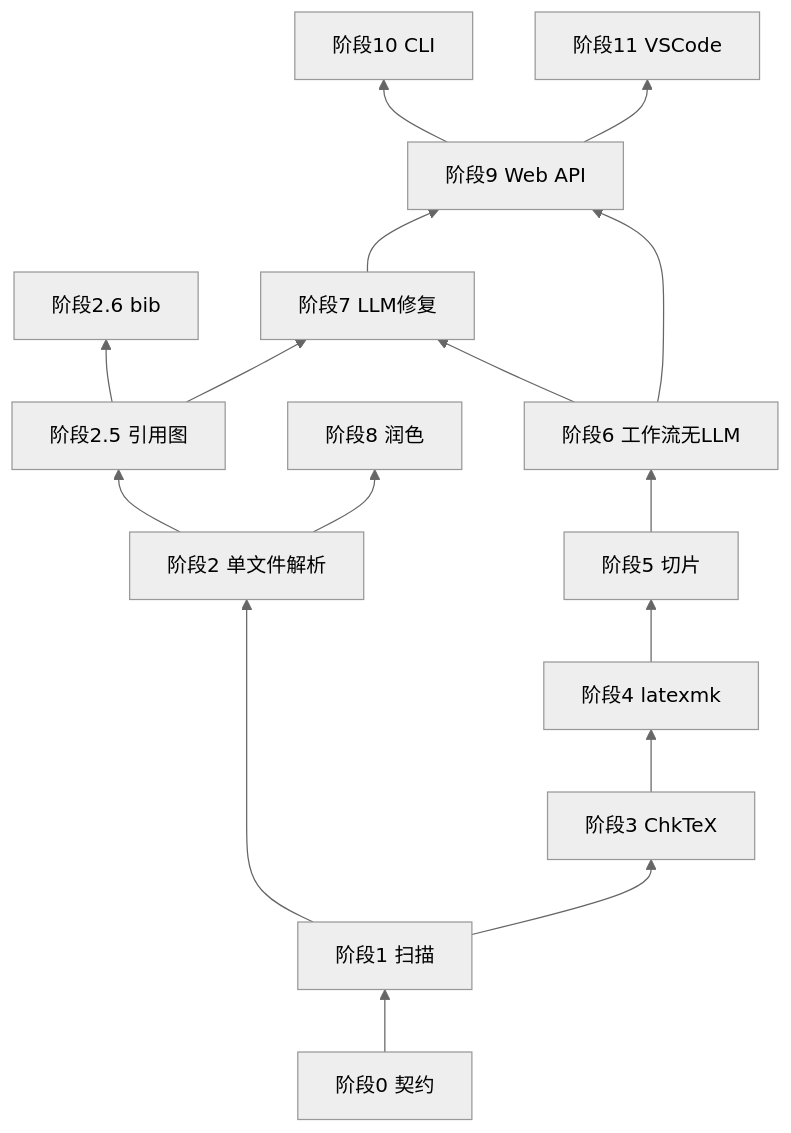
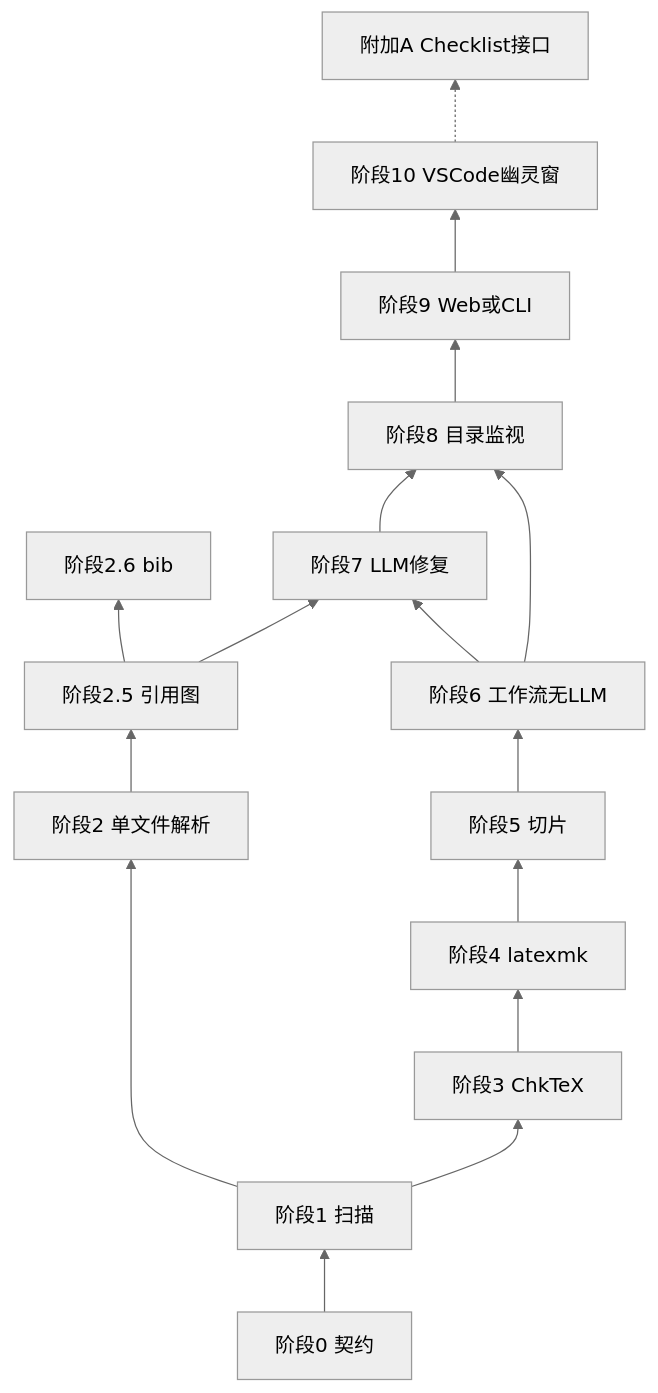
One commit to BCyyyyyyTZ/Tex_Agent changed the diagram in doc/TeX_Agent LaTeX 子系统分阶段实现路线图.md. Above: the diagram before and after it, drawn with Mermaid (neutral theme). The commit also changed other lines of this file and 24 other files, not shown here.

````diff
--- a/doc/TeX_Agent LaTeX 子系统分阶段实现路线图.md
+++ b/doc/TeX_Agent LaTeX 子系统分阶段实现路线图.md
@@ -108,26 +109,26 @@
 ```mermaid
 flowchart BT
   S0[阶段0 契约]
   S1[阶段1 扫描]
   S2[阶段2 单文件解析]
   S25[阶段2.5 引用图]
   S26[阶段2.6 bib]
   S3[阶段3 ChkTeX]
   S4[阶段4 latexmk]
   S5[阶段5 切片]
   S6[阶段6 工作流无LLM]
   S7[阶段7 LLM修复]
-  S8[阶段8 润色]
-  S9[阶段9 Web API]
-  S10[阶段10 CLI]
-  S11[阶段11 VSCode]
+  S8[阶段8 目录监视]
+  S9[阶段9 Web或CLI]
+  S10[阶段10 VSCode幽灵窗]
+  SA[附加A Checklist接口]
   S0 --> S1 --> S2 --> S25
   S25 --> S26
   S25 --> S7
   S1 --> S3 --> S4 --> S5 --> S6 --> S7
-  S6 --> S9
-  S7 --> S9
-  S2 --> S8
+  S6 --> S8
+  S7 --> S8
+  S8 --> S9
   S9 --> S10
-  S9 --> S11
+  S10 -.-> SA
 ```
````
